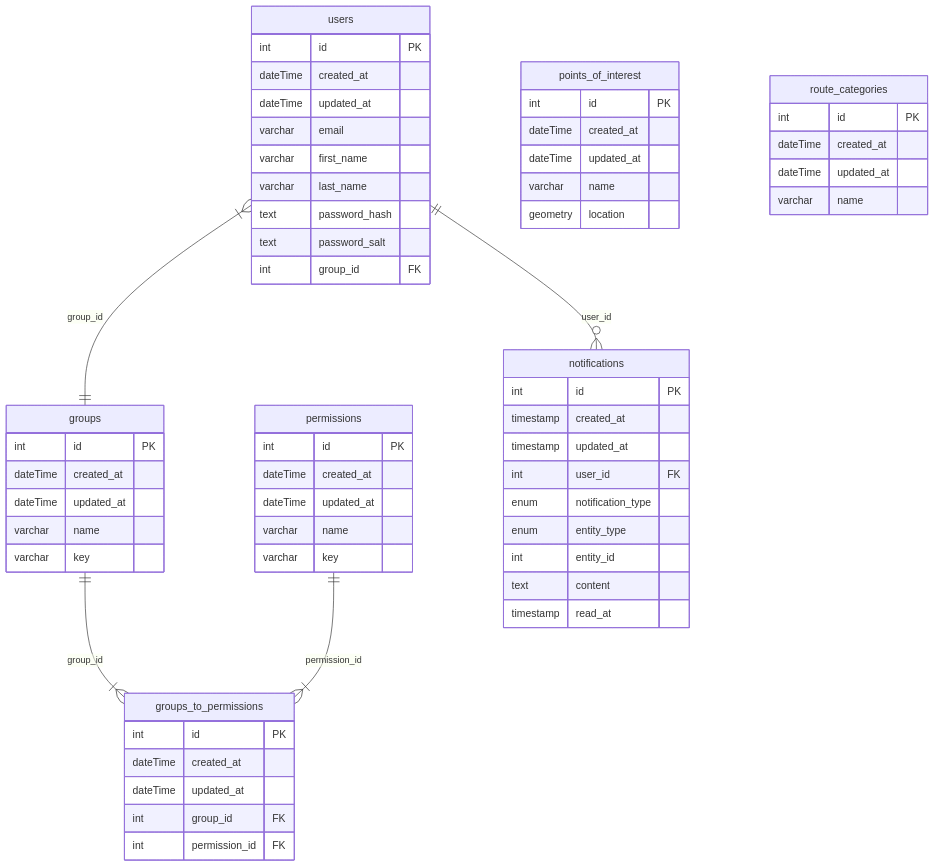
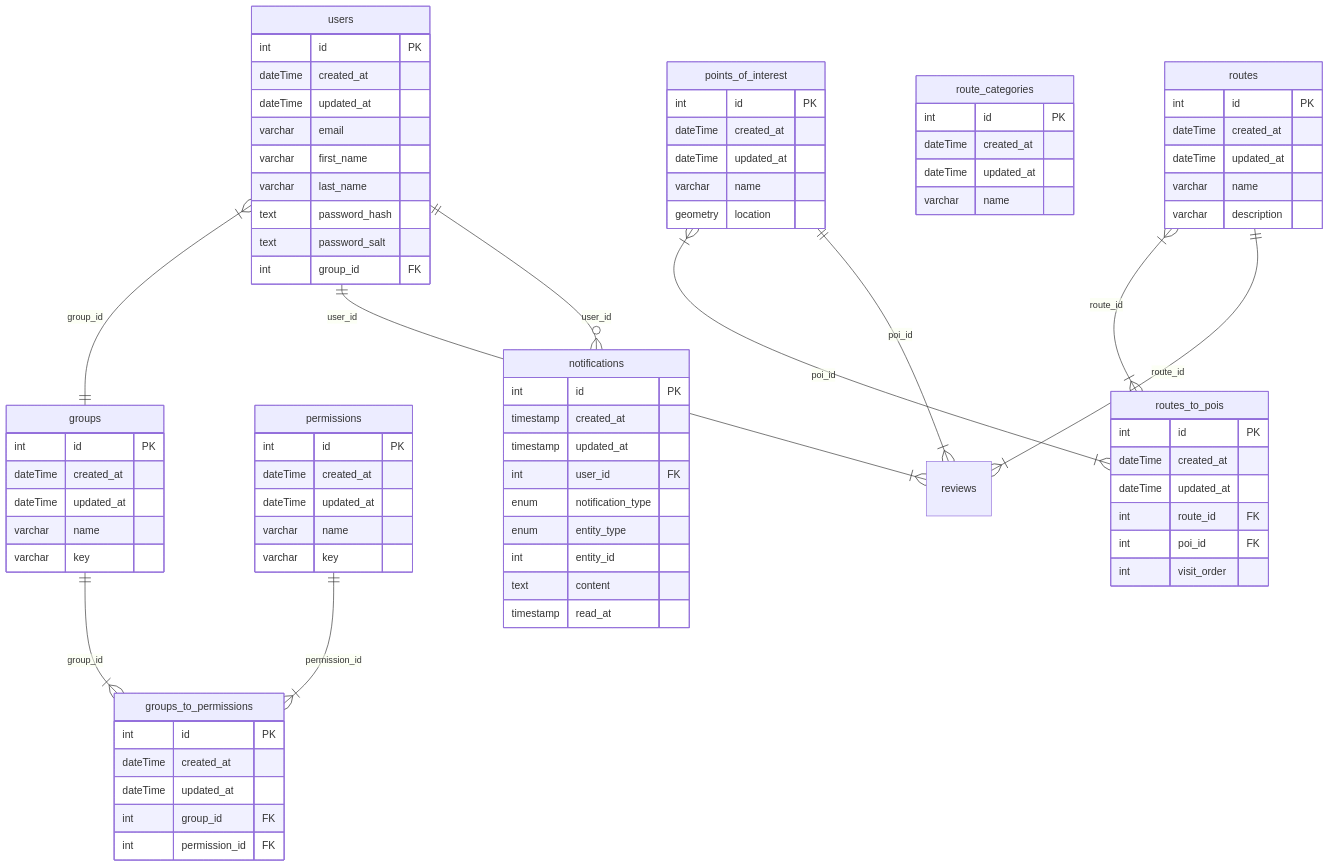
One commit to h4vefundieyoung/smartscapes changed the diagram in readme.md. Above: the diagram before and after it, drawn with Mermaid. The commit also changed 42 other files, not shown here.

````diff
--- a/readme.md
+++ b/readme.md
@@ -81,6 +81,23 @@
       varchar name
   }
 
+  routes {
+        int id PK
+        dateTime created_at
+        dateTime updated_at
+        varchar name
+        varchar description
+    }
+
+  routes_to_pois {
+      int id PK
+      dateTime created_at
+      dateTime updated_at
+      int route_id FK
+      int poi_id FK
+      int visit_order
+  }
+
   notifications {
       int id PK
       timestamp created_at
@@ -96,5 +113,10 @@
   users }|--|| groups : group_id
   groups ||--|{ groups_to_permissions : group_id
   permissions ||--|{ groups_to_permissions : permission_id
+  points_of_interest }|--|{routes_to_pois:"poi_id"
+  routes }|--|{routes_to_pois:"route_id"
+  users ||--|{ reviews : user_id
+  routes ||--|{ reviews : route_id
+  points_of_interest ||--|{ reviews : poi_id
   users ||--o{ notifications : user_id
 ```
````
